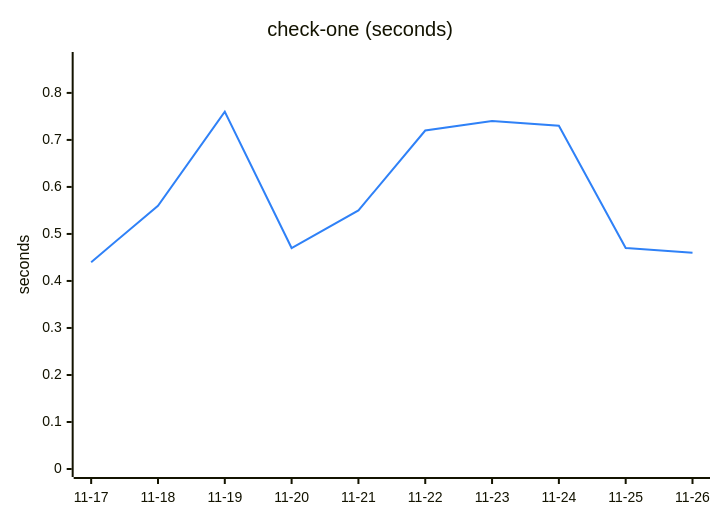
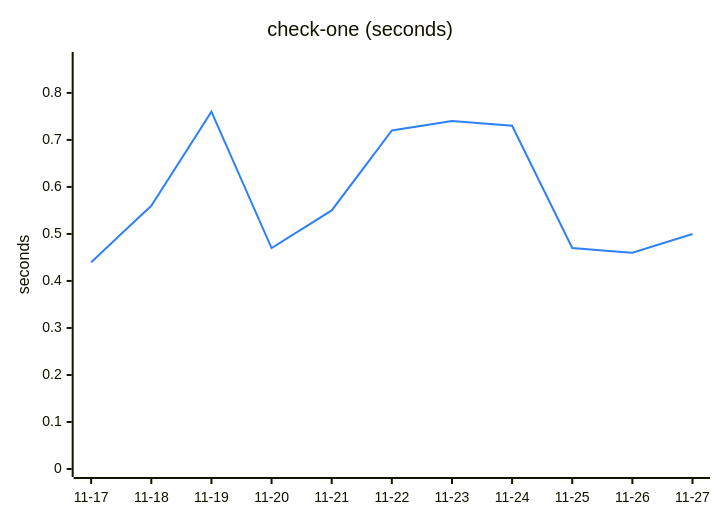
One commit to Ricovl/mxcli changed the fourth of 6 diagrams in TREND.md. Above: the diagram before and after it, drawn with Mermaid. The commit also changed other lines of this file and 2 other files, not shown here.

````diff
--- a/TREND.md
+++ b/TREND.md
@@ -97,13 +97,13 @@
 ```mermaid
 ---
 config:
   themeVariables:
     xyChart:
       plotColorPalette: "#2f81f7"
 ---
 xychart-beta
     title "check-one (seconds)"
-    x-axis ["11-17", "11-18", "11-19", "11-20", "11-21", "11-22", "11-23", "11-24", "11-25", "11-26"]
+    x-axis ["11-17", "11-18", "11-19", "11-20", "11-21", "11-22", "11-23", "11-24", "11-25", "11-26", "11-27"]
     y-axis "seconds" 0 --> 0.87
-    line [0.44, 0.56, 0.76, 0.47, 0.55, 0.72, 0.74, 0.73, 0.47, 0.46]
+    line [0.44, 0.56, 0.76, 0.47, 0.55, 0.72, 0.74, 0.73, 0.47, 0.46, 0.50]
 ```
````
